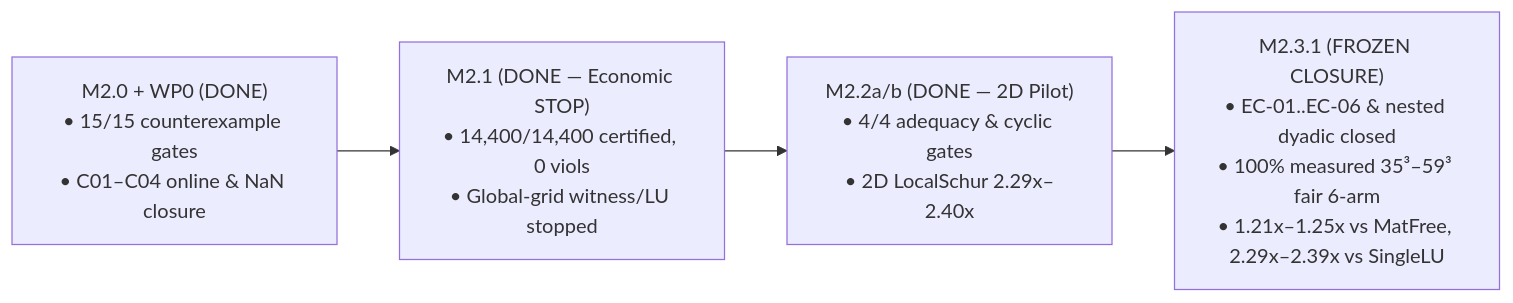
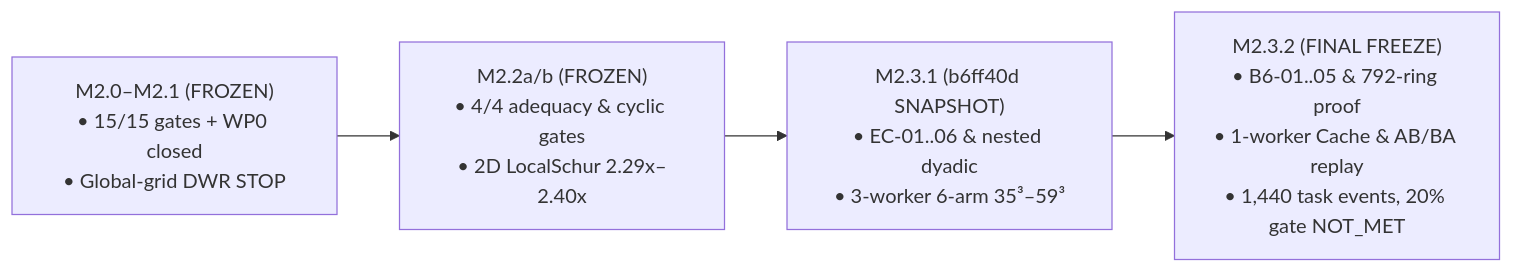
The diagram in green_response/NEXT_PHASE_RESEARCH_ROADMAP.md (erzhu419/Auditable-Coarse-to-Fine-Quotient-Planning), drawn with Mermaid before and after one commit. The commit also changed other lines of this file and 8 other files, not shown here.

Commit message:
feat(quotient-phase2): close M2.3.2 B6-01..05 contracts, 1-worker cache & AB/BA replay, and final release freeze

````diff
--- a/green_response/NEXT_PHASE_RESEARCH_ROADMAP.md
+++ b/green_response/NEXT_PHASE_RESEARCH_ROADMAP.md
@@ -22,6 +19,6 @@
 ```mermaid
 flowchart LR
-    M20["M2.0 + WP0 (DONE)\n• 15/15 counterexample gates\n• C01–C04 online & NaN closure"] --> M21["M2.1 (DONE — Economic STOP)\n• 14,400/14,400 certified, 0 viols\n• Global-grid witness/LU stopped"]
-    M21 --> M22["M2.2a/b (DONE — 2D Pilot)\n• 4/4 adequacy & cyclic gates\n• 2D LocalSchur 2.29x–2.40x"]
-    M22 --> M231["M2.3.1 (FROZEN CLOSURE)\n• EC-01..EC-06 & nested dyadic closed\n• 100% measured 35³–59³ fair 6-arm\n• 1.21x–1.25x vs MatFree, 2.29x–2.39x vs SingleLU"]
+    M20["M2.0–M2.1 (FROZEN)\n• 15/15 gates + WP0 closed\n• Global-grid DWR STOP"] --> M22["M2.2a/b (FROZEN)\n• 4/4 adequacy & cyclic gates\n• 2D LocalSchur 2.29x–2.40x"]
+    M22 --> M231["M2.3.1 (b6ff40d SNAPSHOT)\n• EC-01..06 & nested dyadic\n• 3-worker 6-arm 35³–59³"]
+    M231 --> M232["M2.3.2 (FINAL FREEZE)\n• B6-01..05 & 792-ring proof\n• 1-worker Cache & AB/BA replay\n• 1,440 task events, 20% gate NOT_MET"]
 ```
````
